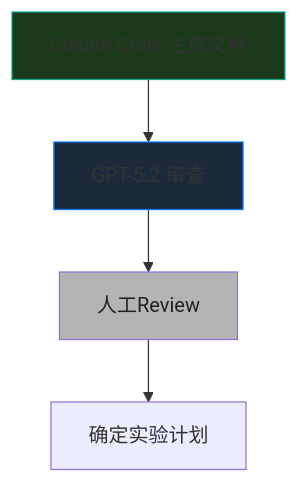
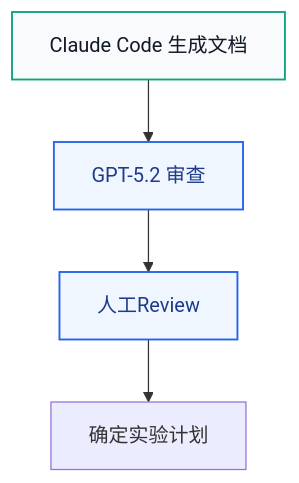
One commit to yiweinanzi/ai-research-ebook changed the third of 5 diagrams in src/content/docs/tools/workflow.mdx. Above: the diagram before and after it, drawn with Mermaid. The commit also changed other lines of this file and 5 other files, not shown here.

````diff
--- a/src/content/docs/tools/workflow.mdx
+++ b/src/content/docs/tools/workflow.mdx
@@ -86,10 +85,11 @@
 ```mermaid
 flowchart TD
     A[Claude Code 生成文档] --> B[GPT-5.2 审查]
     B --> C[人工Review]
     C --> D[确定实验计划]
 
-    style A fill:#1a3a1a,stroke:#10a37f
-    style B fill:#1a2a3a,stroke:#007aff
-    style C fill:#b4b4b4,color:#212121
+    classDef review fill:#f8fafc,stroke:#10a37f,stroke-width:1.5px,color:#111827
+    classDef audit fill:#eff6ff,stroke:#2563eb,stroke-width:1.5px,color:#1e3a8a
+    class A review
+    class B,C audit
 ```
````
